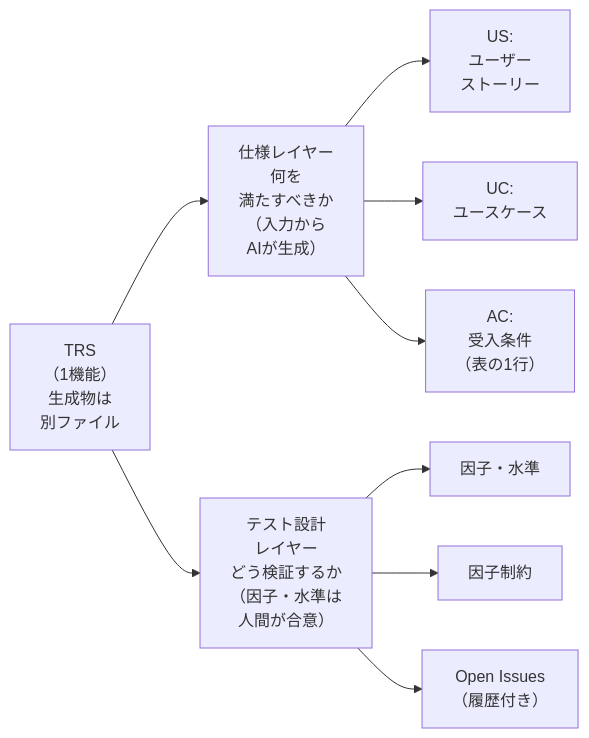
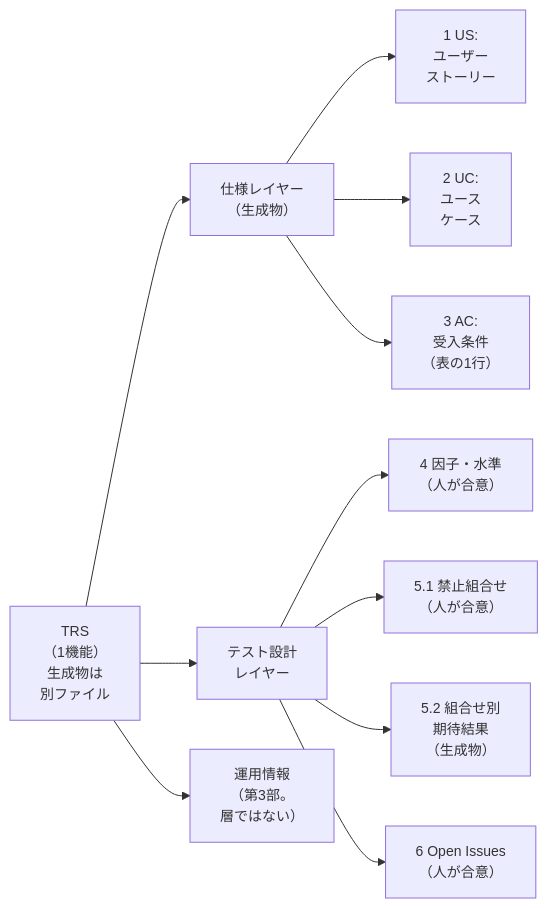
One commit to toshio-shiratori/harness-test-strategy changed the first of 3 diagrams in docs/testing/03-trs-guideline.md. Above: the diagram before and after it, drawn with Mermaid. The commit also changed other lines of this file and 19 other files, not shown here.

````diff
--- a/docs/testing/03-trs-guideline.md
+++ b/docs/testing/03-trs-guideline.md
@@ -34,12 +81,15 @@
 ```mermaid
 flowchart LR
+  classDef default font-size:14px
   TRS["TRS<br/>（1機能）<br/>生成物は<br/>別ファイル"]
-  TRS --> S["仕様レイヤー<br/>何を<br/>満たすべきか<br/>（入力から<br/>AIが生成）"]
-  TRS --> T["テスト設計<br/>レイヤー<br/>どう検証するか<br/>（因子・水準は<br/>人間が合意）"]
-  S --> US["US:<br/>ユーザー<br/>ストーリー"]
-  S --> UC["UC:<br/>ユースケース"]
-  S --> AC["AC:<br/>受入条件<br/>（表の1行）"]
-  T --> F["因子・水準"]
-  T --> C["因子制約"]
-  T --> OI["Open Issues<br/>（履歴付き）"]
+  TRS --> S["仕様レイヤー<br/>（生成物）"]
+  TRS --> T["テスト設計<br/>レイヤー"]
+  TRS --> OP["運用情報<br/>（第3部。<br/>層ではない）"]
+  S --> US["1 US:<br/>ユーザー<br/>ストーリー"]
+  S --> UC["2 UC:<br/>ユース<br/>ケース"]
+  S --> AC["3 AC:<br/>受入条件<br/>（表の1行）"]
+  T --> F["4 因子・水準<br/>（人が合意）"]
+  T --> C1["5.1 禁止組合せ<br/>（人が合意）"]
+  T --> C2["5.2 組合せ別<br/>期待結果<br/>（生成物）"]
+  T --> OI["6 Open Issues<br/>（人が合意）"]
 ```
````
